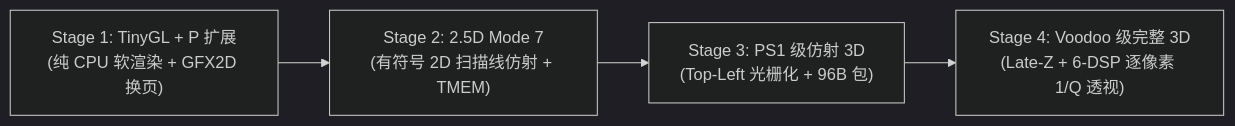
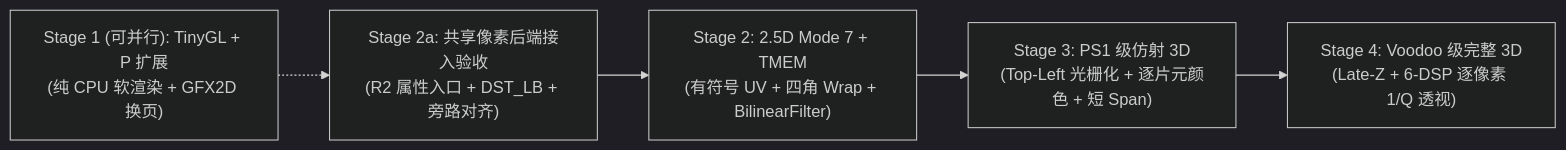
The second of 3 diagrams in docs/platforms/mega138k_ae350/gfx_3d.md (bearice/riscv-mini), drawn with Mermaid (dark theme) before and after one commit. The commit also changed other lines of this file and 16 other files, not shown here.

Commit message:
ae350: update GFX3D spec to Step 6c baseline and complete Stage 1 TinyGL

````diff
--- a/docs/platforms/mega138k_ae350/gfx_3d.md
+++ b/docs/platforms/mega138k_ae350/gfx_3d.md
@@ -81,6 +133,7 @@
 ```mermaid
 flowchart LR
-    M1["Stage 1: TinyGL + P 扩展<br/>(纯 CPU 软渲染 + GFX2D 换页)"] --> M2["Stage 2: 2.5D Mode 7<br/>(有符号 2D 扫描线仿射 + TMEM)"]
-    M2 --> M3["Stage 3: PS1 级仿射 3D<br/>(Top-Left 光栅化 + 96B 包)"]
+    M1["Stage 1 (可并行): TinyGL + P 扩展<br/>(纯 CPU 软渲染 + GFX2D 换页)"] -.-> M2A
+    M2A["Stage 2a: 共享像素后端接入验收<br/>(R2 属性入口 + DST_LB + 旁路对齐)"] --> M2["Stage 2: 2.5D Mode 7 + TMEM<br/>(有符号 UV + 四角 Wrap + BilinearFilter)"]
+    M2 --> M3["Stage 3: PS1 级仿射 3D<br/>(Top-Left 光栅化 + 逐片元颜色 + 短 Span)"]
     M3 --> M4["Stage 4: Voodoo 级完整 3D<br/>(Late-Z + 6-DSP 逐像素 1/Q 透视)"]
 ```
````
